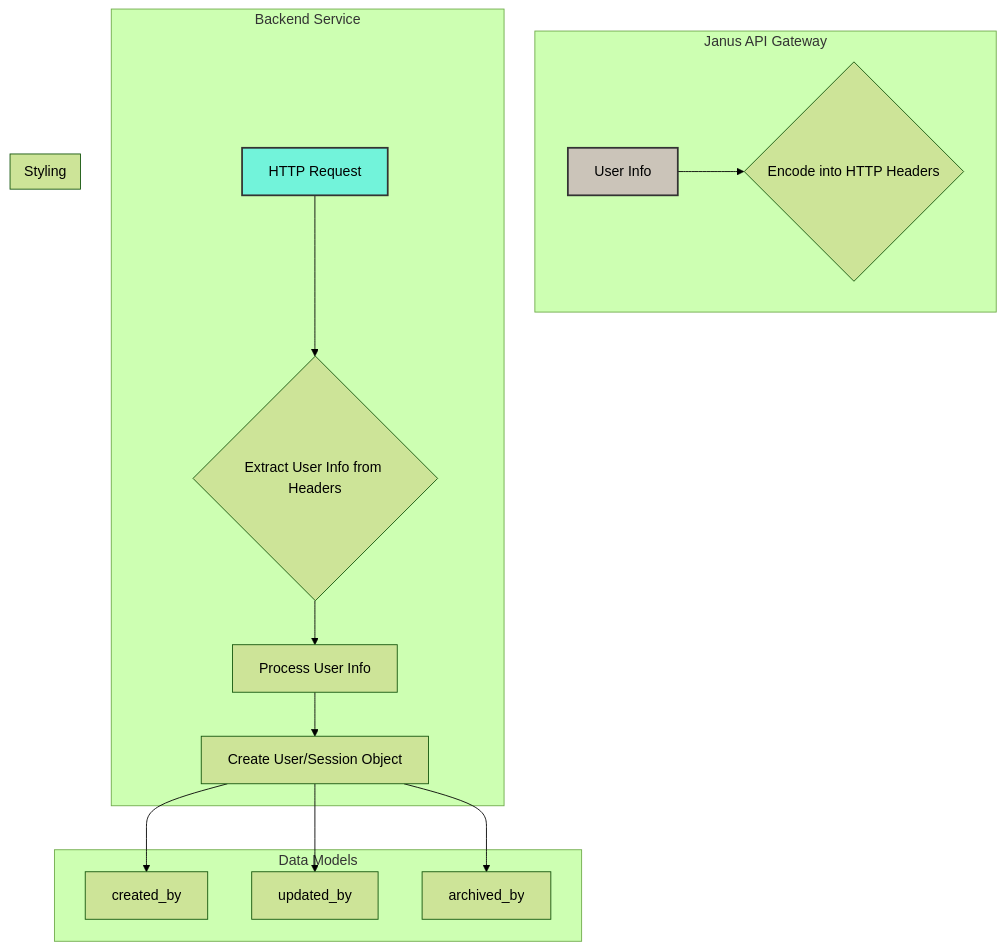
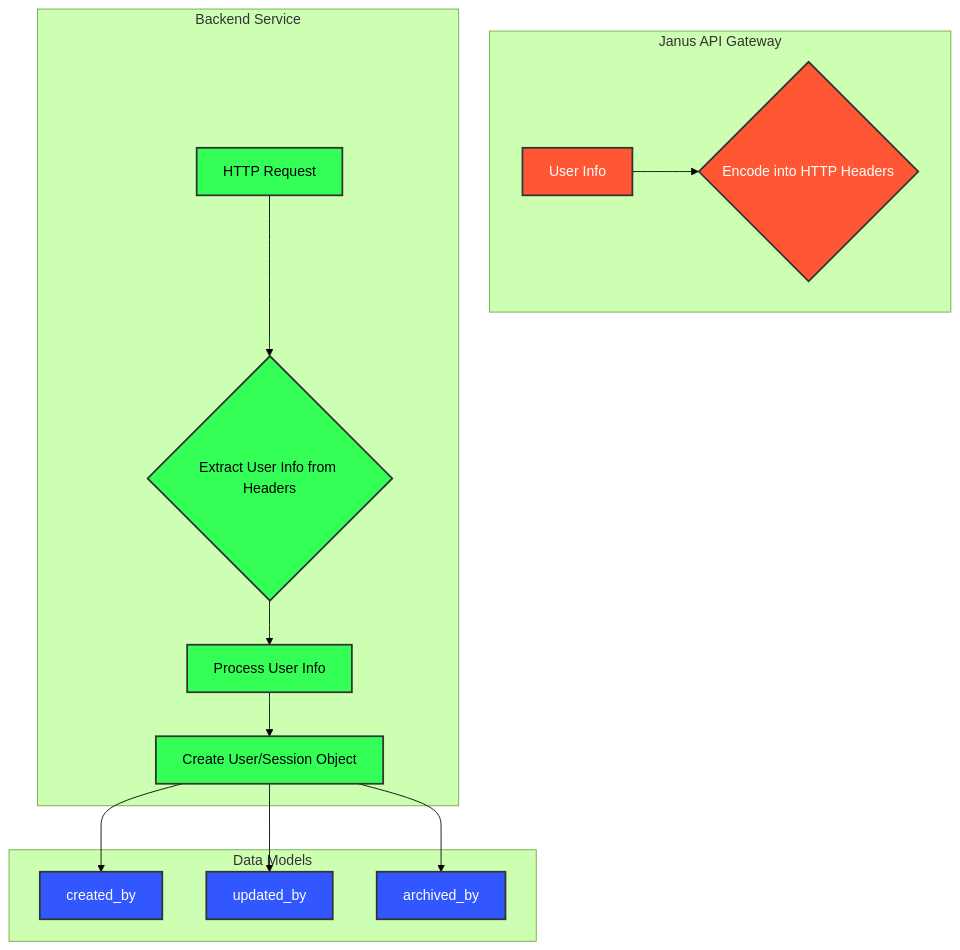
Before and after one commit to ikko/sym: the diagram in docs/user_info_journey.md, drawn with Mermaid (forest theme). The commit also changed 15 other files, not shown here.

Commit message:
inbetween cleaning examples and recolor mermaids

````diff
--- a/docs/user_info_journey.md
+++ b/docs/user_info_journey.md
@@ -7,24 +7,30 @@
 ```mermaid
 graph TD
     subgraph "Janus API Gateway"
         A[User Info] --> B{Encode into HTTP Headers};
     end
 
     subgraph "Backend Service"
         C[HTTP Request] --> D{Extract User Info from Headers};
         D --> E[Process User Info];
         E --> F[Create User/Session Object];
     end
 
     subgraph "Data Models"
         F --> G[created_by];
         F --> H[updated_by];
         F --> I[archived_by];
     end
 
-    subgraph "Styling"
-    end
+    style A fill:#FF5733,stroke:#333,stroke-width:2px,color:#FFFFFF;
+    style B fill:#FF5733,stroke:#333,stroke-width:2px,color:#FFFFFF;
 
-    style A fill:#cbc4b9,stroke:#333,stroke-width:2px,color:#000000;
-    style C fill:#72f3da,stroke:#333,stroke-width:2px,color:#000000;
+    style C fill:#33FF57,stroke:#333,stroke-width:2px,color:#000000;
+    style D fill:#33FF57,stroke:#333,stroke-width:2px,color:#000000;
+    style E fill:#33FF57,stroke:#333,stroke-width:2px,color:#000000;
+    style F fill:#33FF57,stroke:#333,stroke-width:2px,color:#000000;
+
+    style G fill:#3357FF,stroke:#333,stroke-width:2px,color:#FFFFFF;
+    style H fill:#3357FF,stroke:#333,stroke-width:2px,color:#FFFFFF;
+    style I fill:#3357FF,stroke:#333,stroke-width:2px,color:#FFFFFF;
 ```
````
